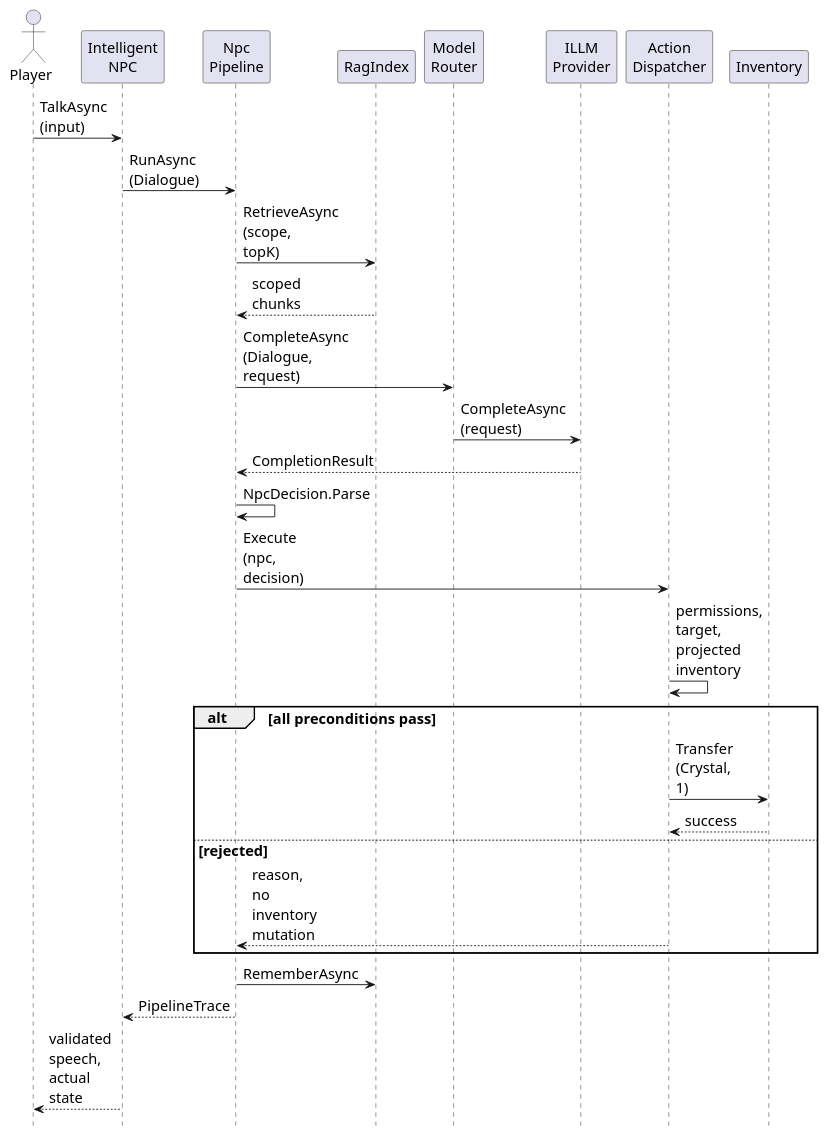
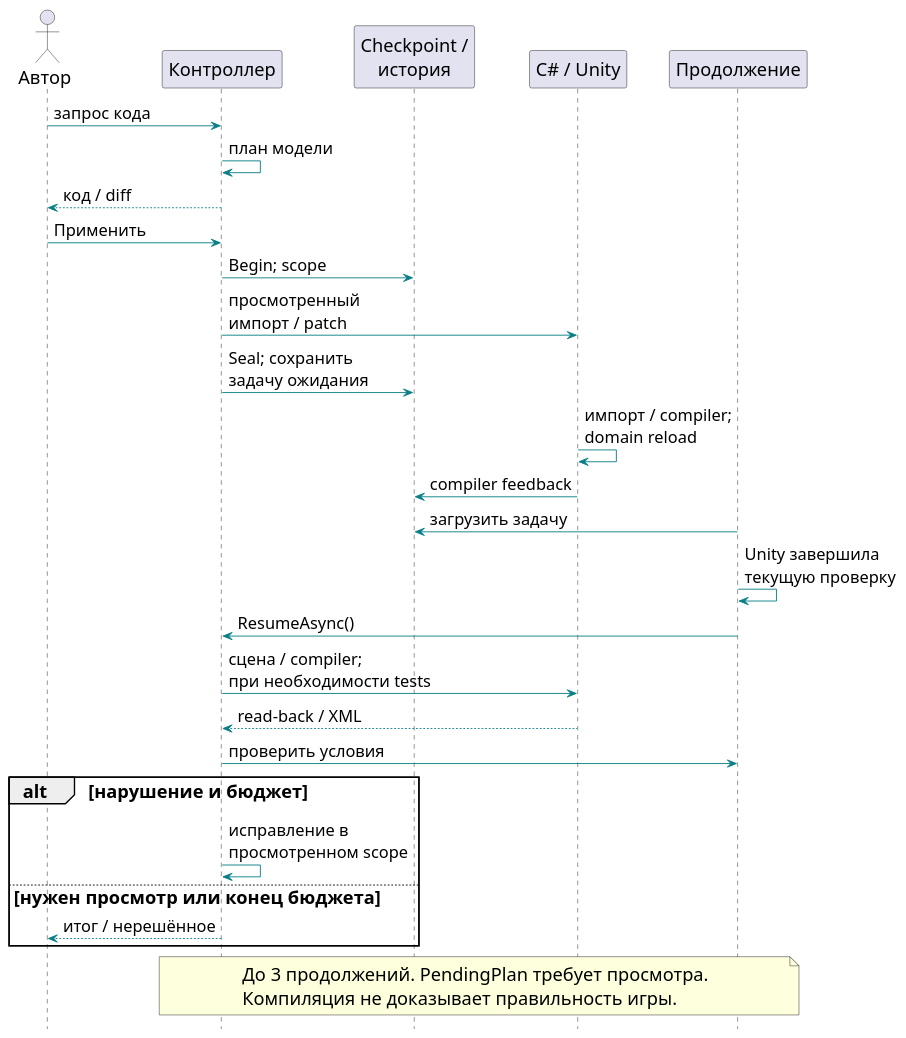
One commit to saslekawaiii/scenepilot-unity changed the diagram in docs/uml/sequence.puml. Above: the diagram before and after it, drawn with PlantUML. The commit also changed 613 other files, not shown here.

First line of the commit message:
Implement WorldWeaver 1.2 agent, gameplay and model connections

```diff
--- a/docs/uml/sequence.puml
+++ b/docs/uml/sequence.puml
@@ -1,34 +1,41 @@
 @startuml
 skinparam defaultFontName Arial
+skinparam defaultFontSize 20
+skinparam ArrowFontSize 18
 skinparam shadowing false
-skinparam defaultFontSize 16
-skinparam maxMessageSize 18
+skinparam ArrowColor #087F86
+skinparam nodesep 24
+skinparam ranksep 30
+
+skinparam BoxPadding 8
 hide footbox
-actor Player
-participant "Intelligent\nNPC" as NPC
-participant "Npc\nPipeline" as Pipeline
-participant RagIndex as RAG
-participant "Model\nRouter" as Router
-participant "ILLM\nProvider" as Provider
-participant "Action\nDispatcher" as Actions
-participant Inventory
-Player -> NPC : TalkAsync\n(input)
-NPC -> Pipeline : RunAsync\n(Dialogue)
-Pipeline -> RAG : RetrieveAsync\n(scope, topK)
-RAG --> Pipeline : scoped chunks
-Pipeline -> Router : CompleteAsync\n(Dialogue, request)
-Router -> Provider : CompleteAsync\n(request)
-Provider --> Pipeline : CompletionResult
-Pipeline -> Pipeline : NpcDecision.Parse
-Pipeline -> Actions : Execute\n(npc, decision)
-Actions -> Actions : permissions, target,\nprojected inventory
-alt all preconditions pass
- Actions -> Inventory : Transfer\n(Crystal, 1)
- Inventory --> Actions : success
-else rejected
- Actions --> Pipeline : reason,\nno inventory mutation
+actor "Автор" as User
+participant "Контроллер" as Agent
+participant "Checkpoint /\nистория" as State
+participant "C# / Unity" as Unity
+participant "Продолжение" as Resume
+User -> Agent : запрос кода
+Agent -> Agent : план модели
+Agent --> User : код / diff
+User -> Agent : Применить
+Agent -> State : Begin; scope
+Agent -> Unity : просмотренный\nимпорт / patch
+Agent -> State : Seal; сохранить\nзадачу ожидания
+Unity -> Unity : импорт / compiler;\ndomain reload
+Unity -> State : compiler feedback
+Resume -> State : загрузить задачу
+Resume -> Resume : Unity завершила\nтекущую проверку
+Resume -> Agent : ResumeAsync()
+Agent -> Unity : сцена / compiler;\nпри необходимости tests
+Unity --> Agent : read-back / XML
+Agent -> Resume : проверить условия
+alt нарушение и бюджет
+  Agent -> Agent : исправление в\nпросмотренном scope
+else нужен просмотр или конец бюджета
+  Agent --> User : итог / нерешённое
 end
-Pipeline -> RAG : RememberAsync
-Pipeline --> NPC : PipelineTrace
-NPC --> Player : validated speech,\nactual state
+note over Agent,Resume
+  До 3 продолжений. PendingPlan требует просмотра.
+  Компиляция не доказывает правильность игры.
+end note
 @enduml
```
